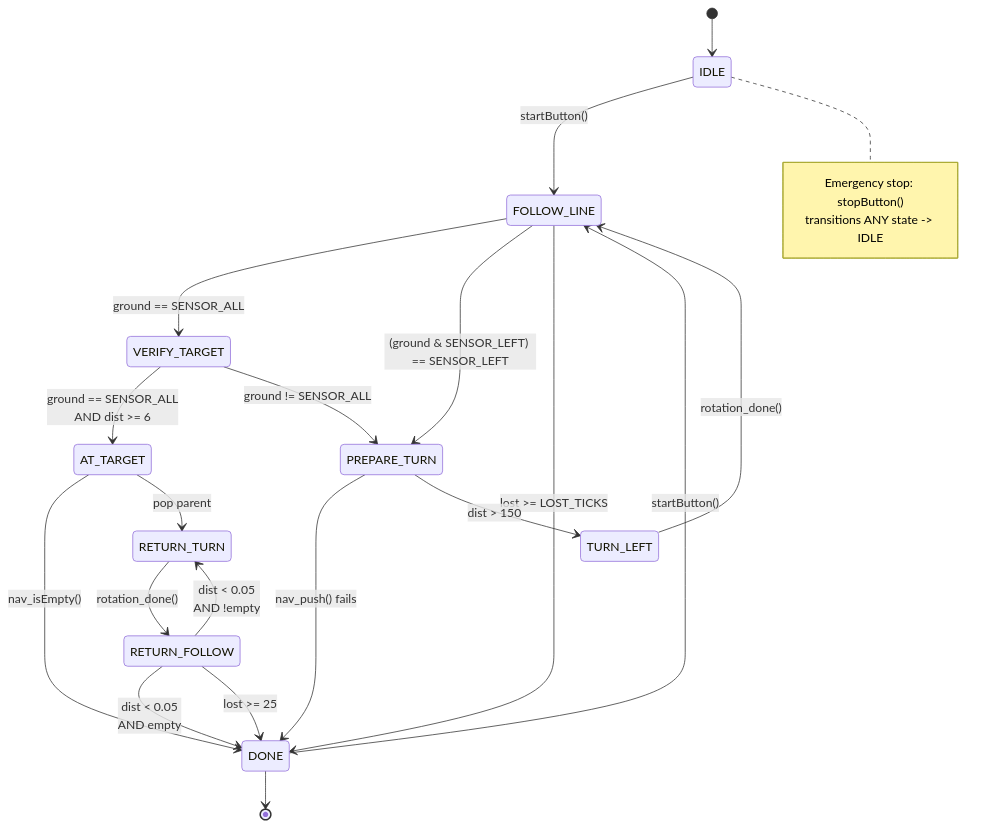
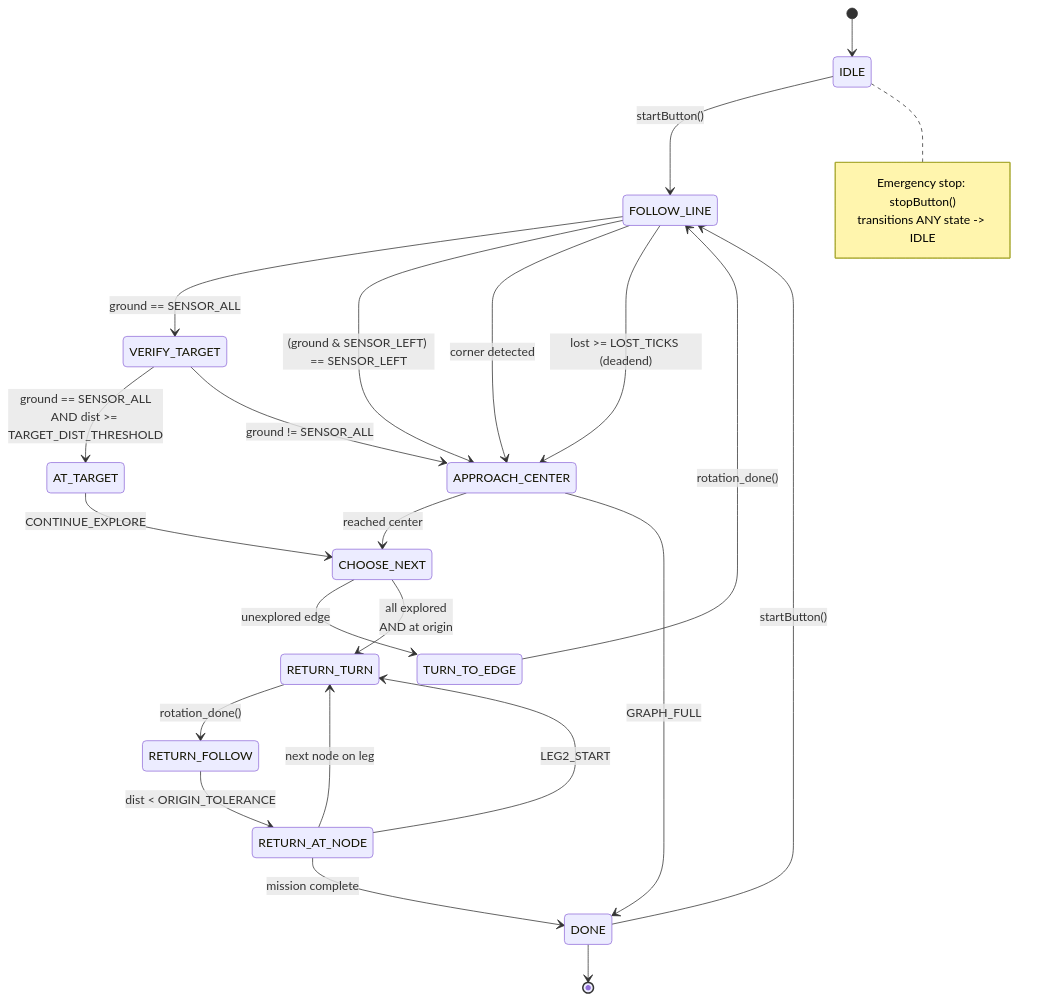
The diagram in README.md (fredmnpinto/ua_rm-LFR), drawn with Mermaid before and after one commit. The commit also changed other lines of this file and 18 other files, not shown here.

First line of the commit message:
refactor: replace nav_stack with nav_graph for graph-based navigation

````diff
--- a/README.md
+++ b/README.md
@@ -114,26 +123,29 @@
 ```mermaid
 stateDiagram-v2
     [*] --> IDLE
     IDLE --> FOLLOW_LINE : startButton()
     FOLLOW_LINE --> VERIFY_TARGET : ground == SENSOR_ALL
-    FOLLOW_LINE --> PREPARE_TURN : (ground & SENSOR_LEFT) == SENSOR_LEFT
-    FOLLOW_LINE --> DONE : lost >= LOST_TICKS
-    VERIFY_TARGET --> AT_TARGET : ground == SENSOR_ALL<br/>AND dist >= 6
-    VERIFY_TARGET --> PREPARE_TURN : ground != SENSOR_ALL
-    PREPARE_TURN --> DONE : nav_push() fails
-    PREPARE_TURN --> TURN_LEFT : dist > 150
-    TURN_LEFT --> FOLLOW_LINE : rotation_done()
-    AT_TARGET --> DONE : nav_isEmpty()
-    AT_TARGET --> RETURN_TURN : pop parent
+    FOLLOW_LINE --> APPROACH_CENTER : (ground & SENSOR_LEFT) == SENSOR_LEFT
+    FOLLOW_LINE --> APPROACH_CENTER : corner detected
+    FOLLOW_LINE --> APPROACH_CENTER : lost >= LOST_TICKS (deadend)
+    VERIFY_TARGET --> AT_TARGET : ground == SENSOR_ALL<br/>AND dist >= TARGET_DIST_THRESHOLD
+    VERIFY_TARGET --> APPROACH_CENTER : ground != SENSOR_ALL
+    AT_TARGET --> CHOOSE_NEXT : CONTINUE_EXPLORE
+    APPROACH_CENTER --> CHOOSE_NEXT : reached center
+    APPROACH_CENTER --> DONE : GRAPH_FULL
+    CHOOSE_NEXT --> TURN_TO_EDGE : unexplored edge
+    CHOOSE_NEXT --> RETURN_TURN : all explored<br/>AND at origin
+    TURN_TO_EDGE --> FOLLOW_LINE : rotation_done()
     RETURN_TURN --> RETURN_FOLLOW : rotation_done()
-    RETURN_FOLLOW --> RETURN_TURN : dist < 0.05<br/>AND !empty
-    RETURN_FOLLOW --> DONE : dist < 0.05<br/>AND empty
-    RETURN_FOLLOW --> DONE : lost >= 25
+    RETURN_FOLLOW --> RETURN_AT_NODE : dist < ORIGIN_TOLERANCE
+    RETURN_AT_NODE --> RETURN_TURN : next node on leg
+    RETURN_AT_NODE --> RETURN_TURN : LEG2_START
+    RETURN_AT_NODE --> DONE : mission complete
     DONE --> FOLLOW_LINE : startButton()
     DONE --> [*]
 
     note right of IDLE
         Emergency stop: stopButton()
         transitions ANY state -> IDLE
     end note
 ```
````
